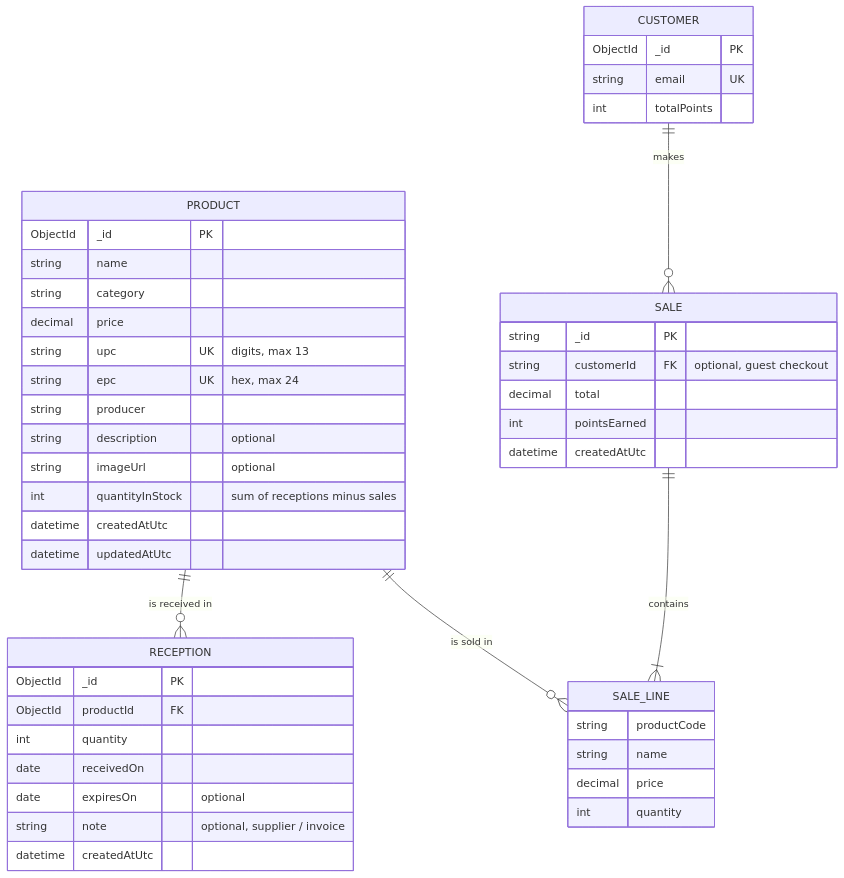
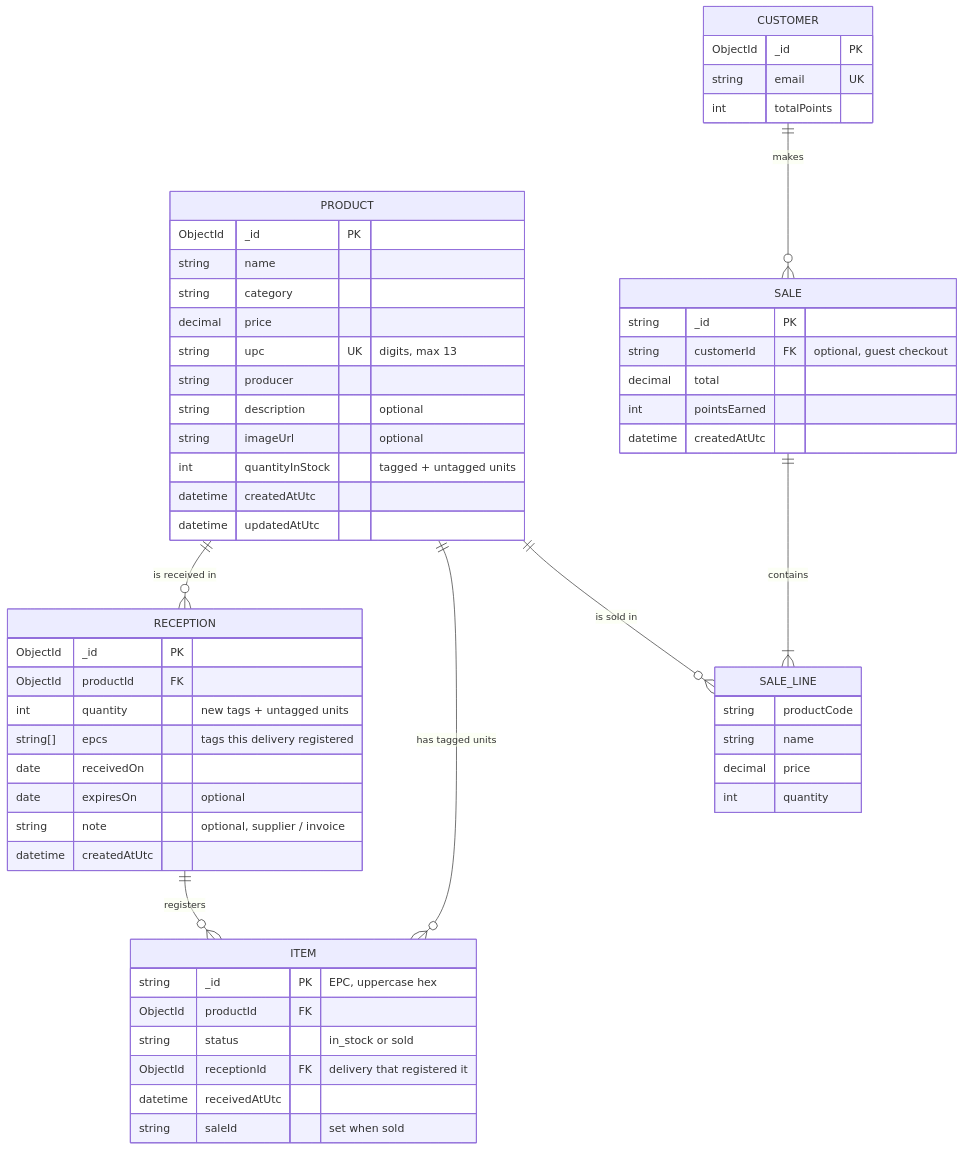
Before and after one commit to kalena-dev/Iot_proj: the diagram in docs/PHASE3-inventory.md, drawn with Mermaid. The commit also changed other lines of this file and 19 other files, not shown here.

Commit message:
adding product fix, removed manual Epc input

````diff
--- a/docs/PHASE3-inventory.md
+++ b/docs/PHASE3-inventory.md
@@ -20,49 +20,59 @@
 ```mermaid
 erDiagram
     PRODUCT ||--o{ RECEPTION : "is received in"
+    PRODUCT ||--o{ ITEM : "has tagged units"
+    RECEPTION ||--o{ ITEM : "registers"
     PRODUCT ||--o{ SALE_LINE : "is sold in"
     CUSTOMER ||--o{ SALE : "makes"
     SALE ||--|{ SALE_LINE : "contains"
 
     PRODUCT {
         ObjectId _id PK
         string name
         string category
         decimal price
         string upc UK "digits, max 13"
-        string epc UK "hex, max 24"
         string producer
         string description "optional"
         string imageUrl "optional"
-        int quantityInStock "sum of receptions minus sales"
+        int quantityInStock "tagged + untagged units"
         datetime createdAtUtc
         datetime updatedAtUtc
+    }
+    ITEM {
+        string _id PK "EPC, uppercase hex"
+        ObjectId productId FK
+        string status "in_stock or sold"
+        ObjectId receptionId FK "delivery that registered it"
+        datetime receivedAtUtc
+        string saleId "set when sold"
     }
     RECEPTION {
         ObjectId _id PK
         ObjectId productId FK
-        int quantity
+        int quantity "new tags + untagged units"
+        string[] epcs "tags this delivery registered"
         date receivedOn
         date expiresOn "optional"
         string note "optional, supplier / invoice"
         datetime createdAtUtc
     }
     CUSTOMER {
         ObjectId _id PK
         string email UK
         int totalPoints
     }
     SALE {
         string _id PK
         string customerId FK "optional, guest checkout"
         decimal total
         int pointsEarned
         datetime createdAtUtc
     }
     SALE_LINE {
         string productCode
         string name
         decimal price
         int quantity
     }
 ```
````
